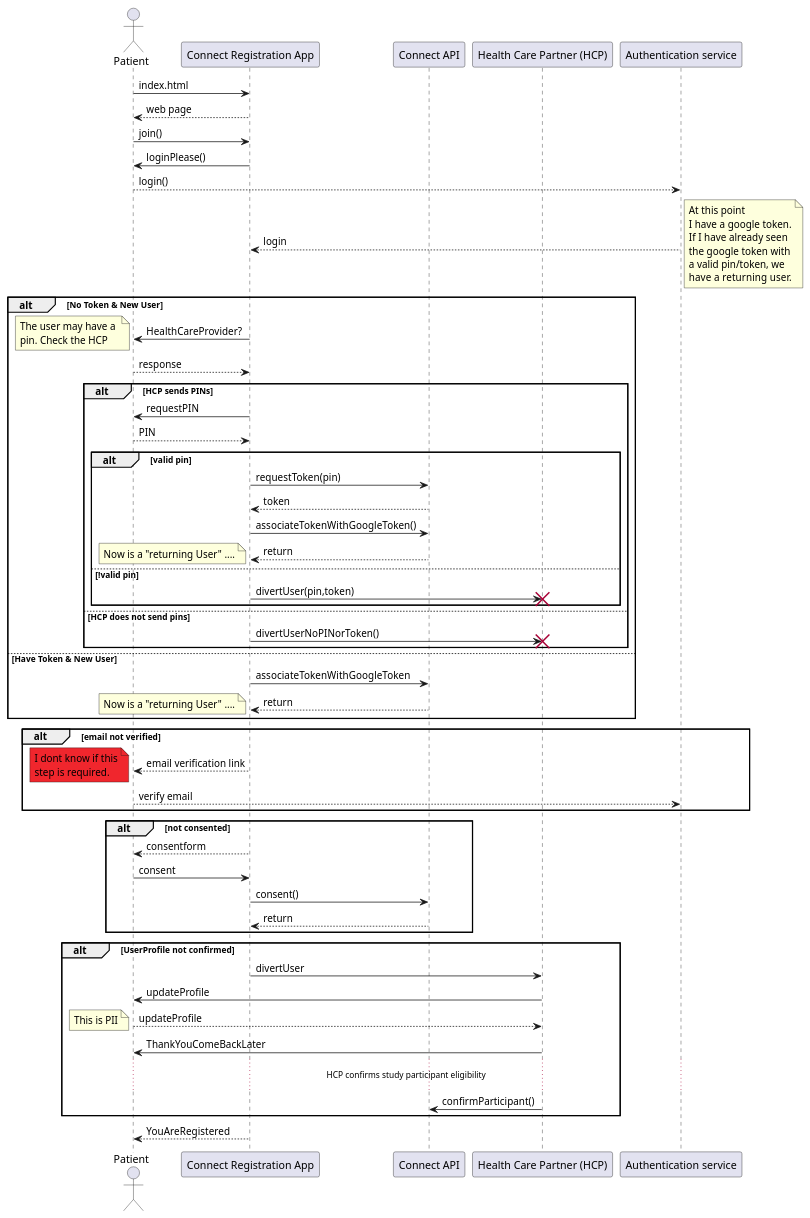
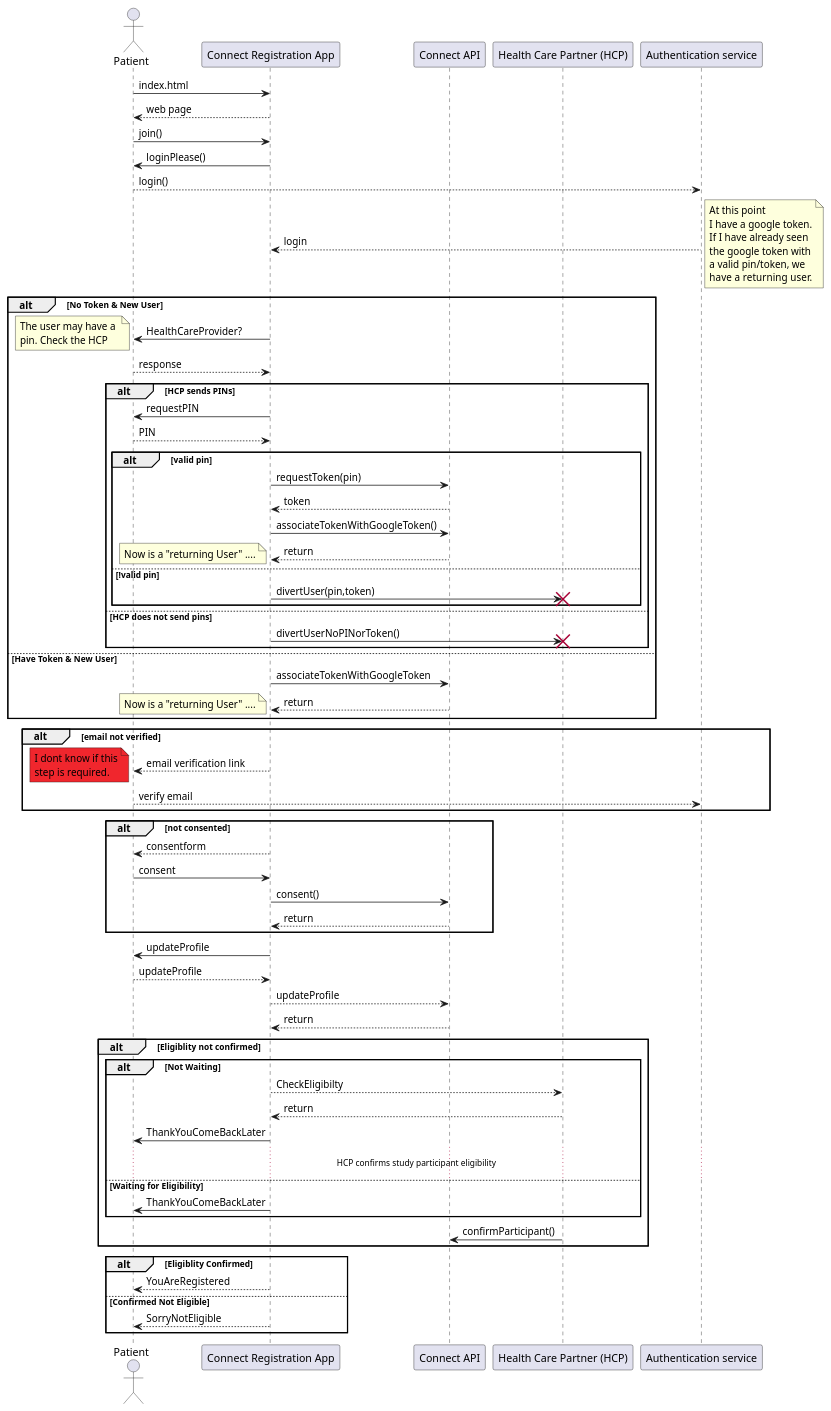
Before and after one commit to episphere/doc: the diagram in AccountRegistration/reg.plantuml, drawn with PlantUML. The commit also changed 2 other files, not shown here.

Commit message:
correction, Separate Profile and Eligibility

```diff
--- a/AccountRegistration/reg.plantuml
+++ b/AccountRegistration/reg.plantuml
@@ -1,93 +1,103 @@
 @startuml
 skinparam shadowing false
 actor Patient as A
 participant "Connect Registration App" as CA
 participant "Connect API" as API
 participant "Health Care Partner (HCP)" as HCP
 participant "Authentication service" as AS
 
 A ->CA: index.html
 A <-- CA: web page
 A ->CA: join()
 CA -> A:  loginPlease()
 A --> AS: login()
 AS --> CA: login
   note right
     At this point
     I have a google token.
     If I have already seen
     the google token with
     a valid pin/token, we
     have a returning user.
   end note
 
 alt No Token & New User
   CA -> A: HealthCareProvider?
   note left
     The user may have a 
     pin. Check the HCP
   end note
 
   A --> CA: response
 
   alt HCP sends PINs
     CA -> A: requestPIN
     A --> CA: PIN
     alt valid pin
     CA -> API: requestToken(pin)
     CA <-- API: token
     CA -> API: associateTokenWithGoogleToken()
     CA <-- API: return
     note left
         Now is a "returning User" ....
     end note
     
     else !valid pin
        CA -> HCP: divertUser(pin,token)
        destroy HCP
     end
     
   else HCP does not send pins
     CA -> HCP: divertUserNoPINorToken()
     destroy HCP
   end
 else Have Token & New User
   CA -> API: associateTokenWithGoogleToken
   CA <-- API: return
   note left
       Now is a "returning User" ....
   end note
 end
 
 alt email not verified
   CA --> A: email verification link
   note left #f0262d
     I dont know if this
     step is required.
   end note
 
   A --> AS: verify email
 end
 
 alt not consented
   CA --> A: consentform
   A -> CA: consent
   CA -> API: consent()
   CA <-- API: return
 end
 
-alt UserProfile not confirmed
-  CA -> HCP: divertUser
-  HCP -> A: updateProfile
-  A --> HCP: updateProfile
-  note left
-    This is PII
-  end note
-  HCP -> A:  ThankYouComeBackLater
+
+CA -> A: updateProfile
+A --> CA: updateProfile
+CA --> API: updateProfile
+API --> CA: return
+
+alt Eligiblity not confirmed
+  alt Not Waiting
+    CA --> HCP: CheckEligibilty
+    HCP --> CA: return
+    CA -> A:  ThankYouComeBackLater
   ...HCP confirms study participant eligibility ...
+  else Waiting for Eligibility
+    CA -> A:  ThankYouComeBackLater
+  end
   HCP -> API: confirmParticipant()
 end
-CA --> A: YouAreRegistered
 
+alt Eligiblity Confirmed
+  CA --> A: YouAreRegistered
+else Confirmed Not Eligible
+  CA --> A: SorryNotEligible
+end
 
 @enduml
```
